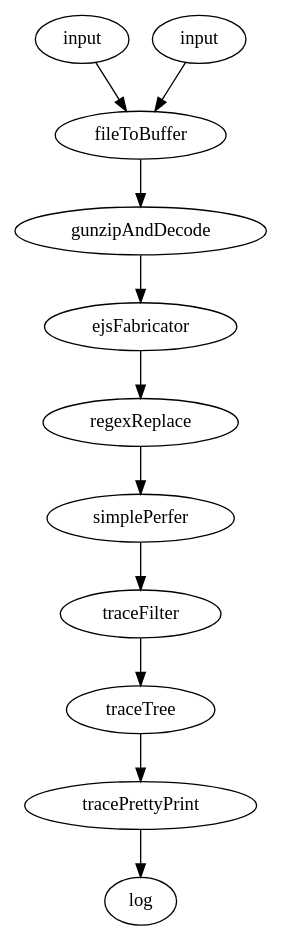
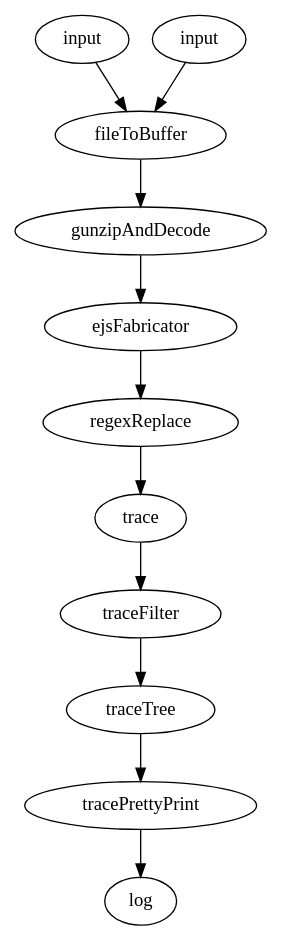
The diagram in examples/regexReplace.dot (googlearchive/erlnmyr), drawn with Graphviz before and after one commit. The commit also changed 1 other file, not shown here.

```diff
--- a/examples/regexReplace.dot
+++ b/examples/regexReplace.dot
@@ -1,14 +1,14 @@
 digraph experiment {
   imports="['trace-phases']";
 
-  input_w -> fileToBuffer -> gunzipAndDecode -> ejsFabricator -> regexReplace -> simplePerfer;
-  simplePerfer -> traceFilter -> traceTree -> tracePrettyPrint -> log;
+  input_w -> fileToBuffer -> gunzipAndDecode -> ejsFabricator -> regexReplace -> trace;
+  trace -> traceFilter -> traceTree -> tracePrettyPrint -> log;
   input_steps -> fileToBuffer;
 
   input_w [label="input", data="whitespace/example.ejs"];
   traceFilter [traceEvents="['Document::updateStyle']"];
   tracePrettyPrint [showTrace="false"];
   log [tags="['data','ejsFabricator', 'regexReplace']"];
   regexReplace [pattern=">\[\s\t\r\n\]+<", replace="><", flags="i"]
   input_steps [label="input", data="whitespace/steps.ejs"];
 }
```
